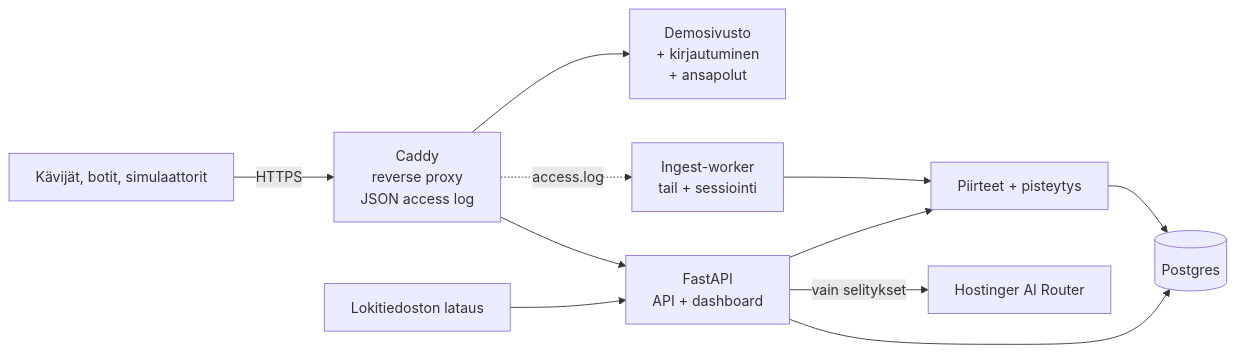
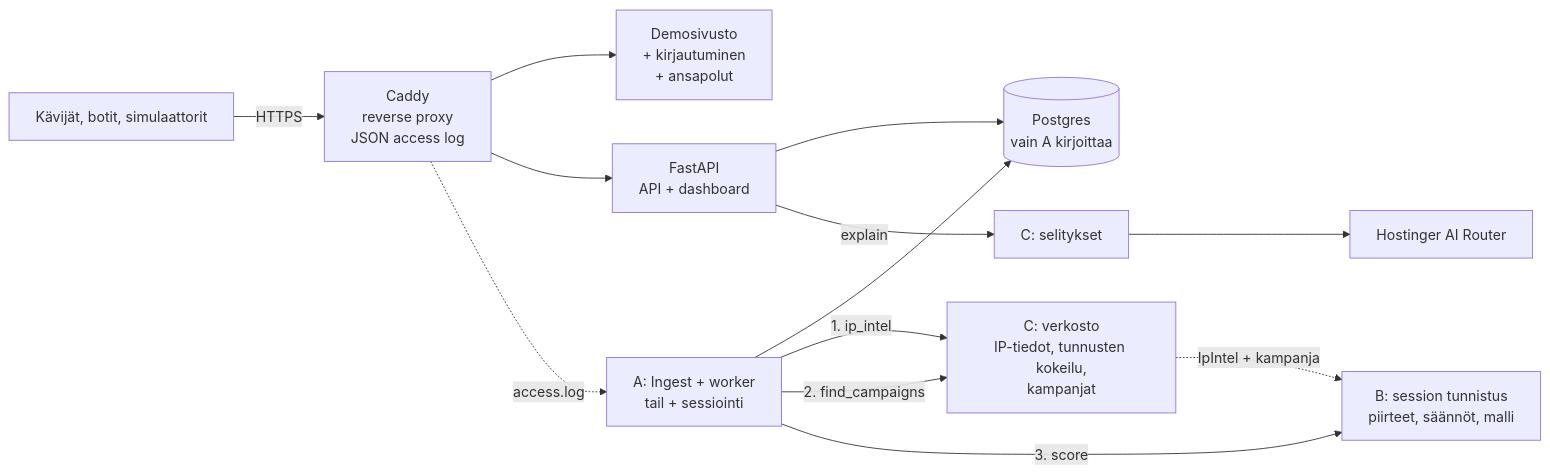
One commit to Murtsi/Bounceri changed the first of 2 diagrams in Challenges/Hostinger-Decode-the-Noise/ARCHITECTURE.md. Above: the diagram before and after it, drawn with Mermaid. The commit also changed other lines of this file and 2 other files, not shown here.

First line of the commit message:
docs(hostinger): two detection lanes, platform owner as attacker

````diff
--- a/Challenges/Hostinger-Decode-the-Noise/ARCHITECTURE.md
+++ b/Challenges/Hostinger-Decode-the-Noise/ARCHITECTURE.md
@@ -9,12 +9,14 @@
 ```mermaid
 flowchart LR
     V[Kävijät, botit, simulaattorit] -->|HTTPS| C[Caddy<br/>reverse proxy<br/>JSON access log]
     C --> S[Demosivusto<br/>+ kirjautuminen<br/>+ ansapolut]
     C --> API[FastAPI<br/>API + dashboard]
-    C -.->|access.log| I[Ingest-worker<br/>tail + sessiointi]
-    I --> F[Piirteet + pisteytys]
-    F --> DB[(Postgres)]
+    C -.->|access.log| I[A: Ingest + worker<br/>tail + sessiointi]
+    I --> DB[(Postgres<br/>vain A kirjoittaa)]
+    I -->|1. ip_intel| NET[C: verkosto<br/>IP-tiedot, tunnusten kokeilu,<br/>kampanjat]
+    I -->|2. find_campaigns| NET
+    I -->|3. score| SES[B: session tunnistus<br/>piirteet, säännöt, malli]
+    NET -.->|IpIntel + kampanja| SES
     API --> DB
-    API -->|vain selitykset| LLM[Hostinger AI Router]
-    U[Lokitiedoston lataus] --> API --> F
+    API -->|explain| EXP[C: selitykset] --> LLM[Hostinger AI Router]
 ```
````
